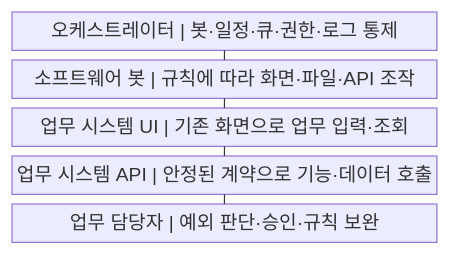
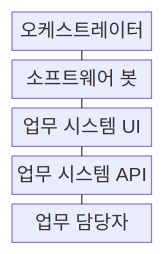
Before and after one commit to agnusdei1207/knowledge-base: the first of 2 diagrams in src/content/docs/notes/03-software/209_rpa.md, drawn with Mermaid. The commit also changed other lines of this file and 238 other files, not shown here.

````diff
--- a/src/content/docs/notes/03-software/209_rpa.md
+++ b/src/content/docs/notes/03-software/209_rpa.md
@@ -53,13 +53,13 @@
 ```mermaid
-block
+block-beta
     columns 1
-    A["오케스트레이터 | 봇·일정·큐·권한·로그 통제"]
-    B["소프트웨어 봇 | 규칙에 따라 화면·파일·API 조작"]
-    C["업무 시스템 UI | 기존 화면으로 업무 입력·조회"]
-    D["업무 시스템 API | 안정된 계약으로 기능·데이터 호출"]
-    E["업무 담당자 | 예외 판단·승인·규칙 보완"]
+    A["오케스트레이터"]
+    B["소프트웨어 봇"]
+    C["업무 시스템 UI"]
+    D["업무 시스템 API"]
+    E["업무 담당자"]
     A --- B
     B --- C
     C --- D
     D --- E
 ```
````
